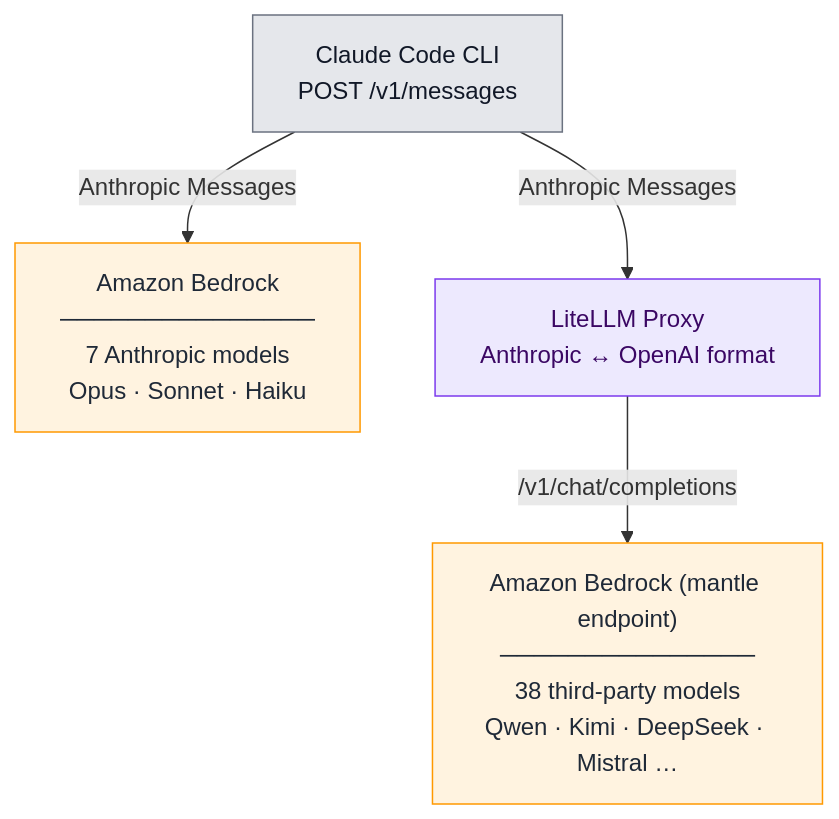
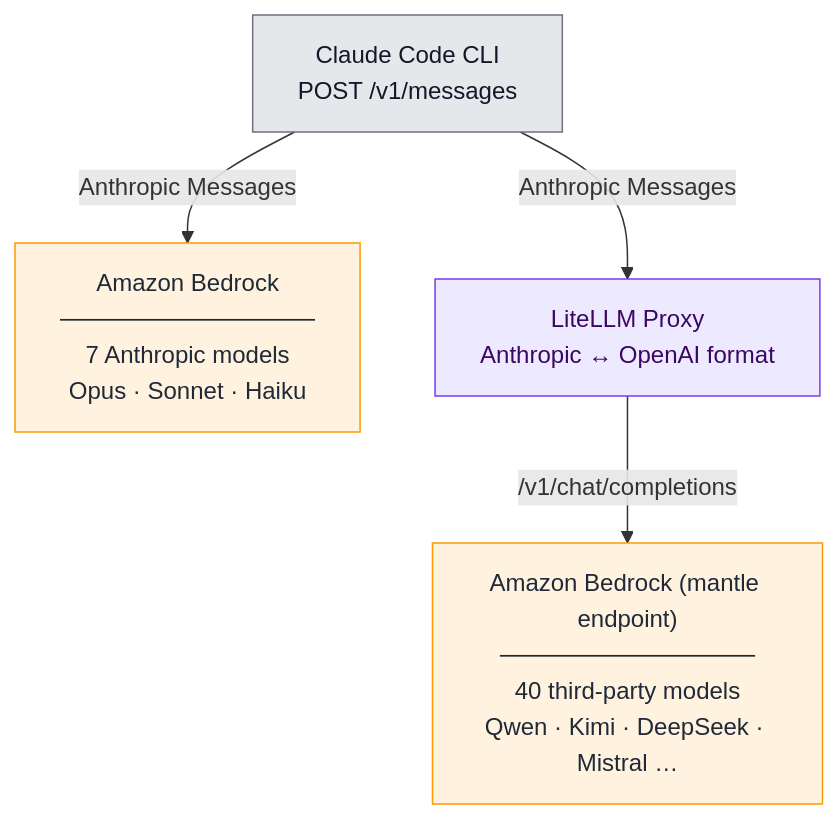
One commit to aws-samples/sample-claude-code-multi-model changed the first of 2 diagrams in README.md. Above: the diagram before and after it, drawn with Mermaid. The commit also changed other lines of this file and 4 other files, not shown here.

````diff
--- a/README.md
+++ b/README.md
@@ -100,21 +100,21 @@
 ```mermaid
 flowchart TD
     CC["Claude Code CLI<br/>POST /v1/messages"]
     Proxy["LiteLLM Proxy<br/>Anthropic ↔ OpenAI format"]
     BedrockA["Amazon Bedrock<br/>───────────────<br/>7 Anthropic models<br/>Opus · Sonnet · Haiku"]
-    BedrockM["Amazon Bedrock (mantle endpoint)<br/>───────────────<br/>38 third-party models<br/>Qwen · Kimi · DeepSeek · Mistral …"]
+    BedrockM["Amazon Bedrock (mantle endpoint)<br/>───────────────<br/>40 third-party models<br/>Qwen · Kimi · DeepSeek · Mistral …"]
     SpacerL[" "]:::ghost
 
     CC -- "Anthropic Messages" --> BedrockA
     CC -- "Anthropic Messages" --> Proxy
     Proxy -- "/v1/chat/completions" --> BedrockM
     BedrockA ~~~ SpacerL
 
     classDef agent fill:#E5E7EB,stroke:#6B7280,color:#111827
     classDef proxy fill:#EDE9FE,stroke:#7C3AED,color:#3B0764
     classDef bedrock fill:#FFF3E0,stroke:#FF9900,color:#1F2937
     classDef ghost fill:none,stroke:none,color:#FFFFFF00
     class CC agent
     class Proxy proxy
     class BedrockA,BedrockM bedrock
 ```
````
